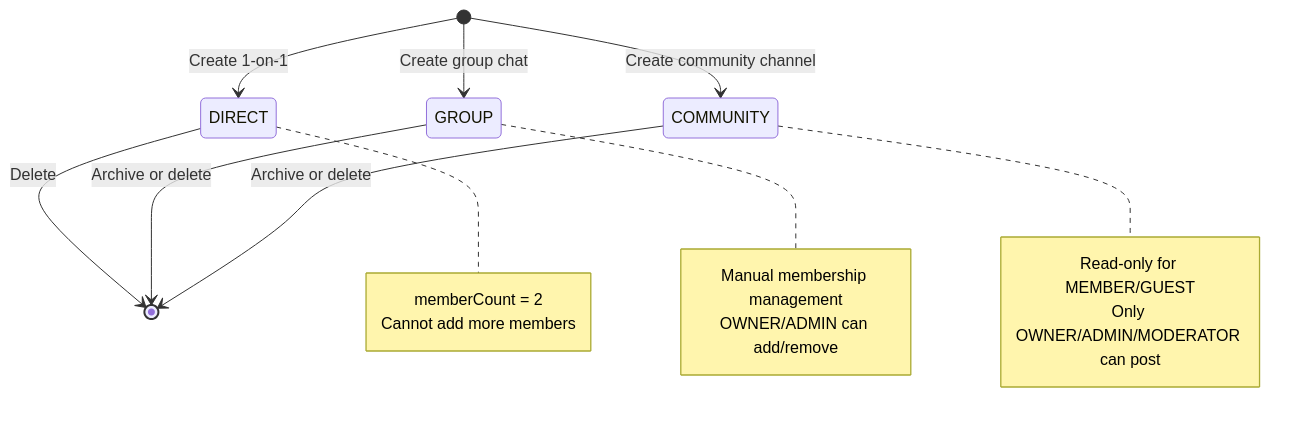
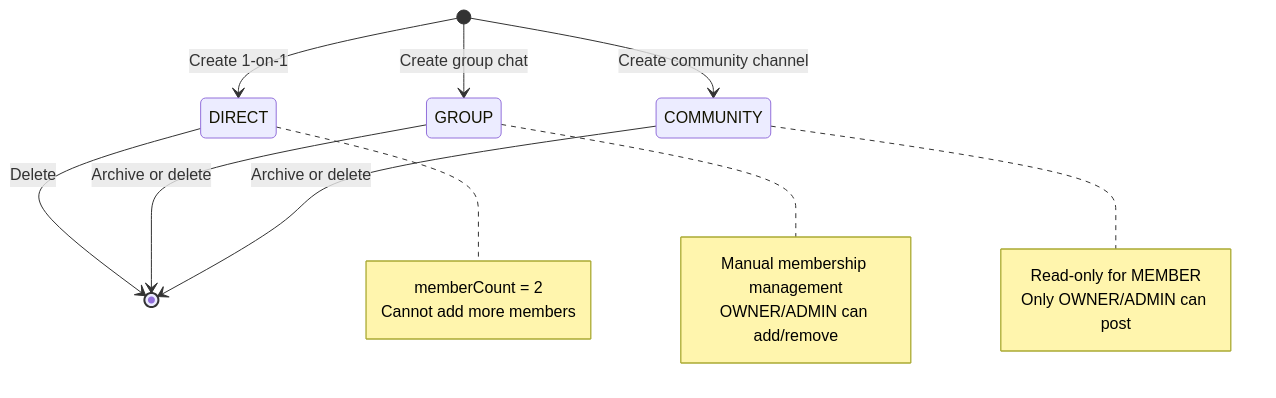
Before and after one commit to nguyenhung204/Zolo: the fifth of 7 diagrams in docs_backend/diagrams/database-relations.md, drawn with Mermaid. The commit also changed other lines of this file and 44 other files, not shown here.

````diff
--- a/docs_backend/diagrams/database-relations.md
+++ b/docs_backend/diagrams/database-relations.md
@@ -341,24 +341,24 @@
 ```mermaid
 stateDiagram-v2
     [*] --> DIRECT: Create 1-on-1
     [*] --> GROUP: Create group chat
     [*] --> COMMUNITY: Create community channel
     DIRECT --> [*]: Delete
     GROUP --> [*]: Archive or delete
     COMMUNITY --> [*]: Archive or delete
 
     note right of DIRECT
         memberCount = 2
         Cannot add more members
     end note
 
     note right of GROUP
         Manual membership management
         OWNER/ADMIN can add/remove
     end note
 
     note right of COMMUNITY
-        Read-only for MEMBER/GUEST
-        Only OWNER/ADMIN/MODERATOR can post
+        Read-only for MEMBER
+        Only OWNER/ADMIN can post
     end note
 ```
````
